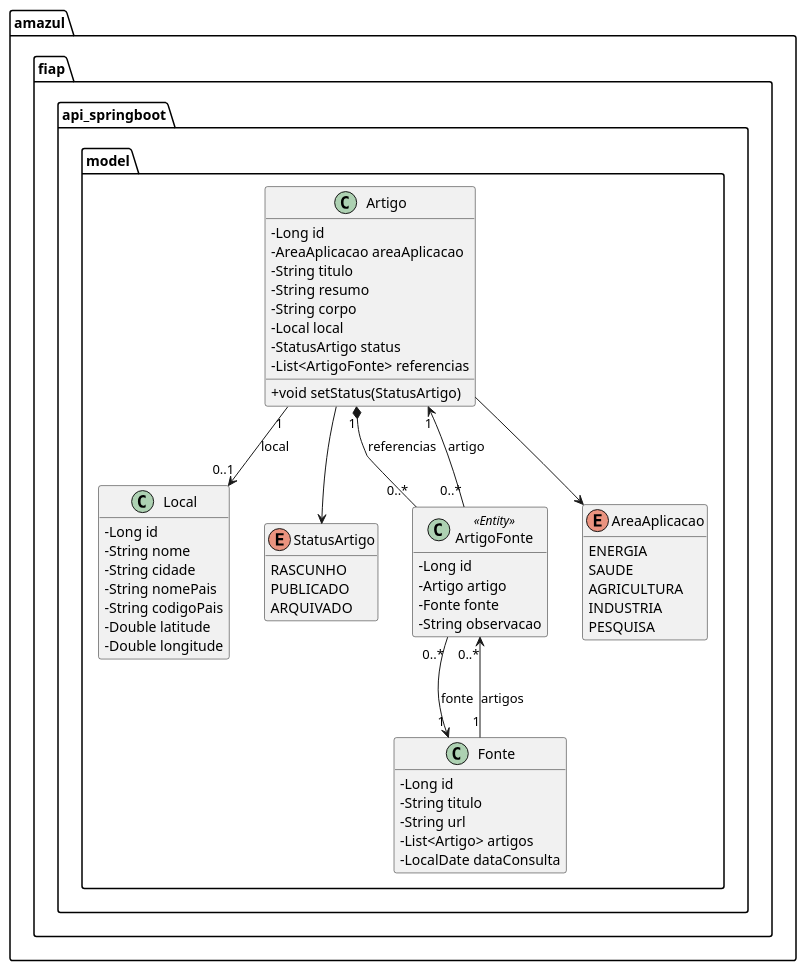
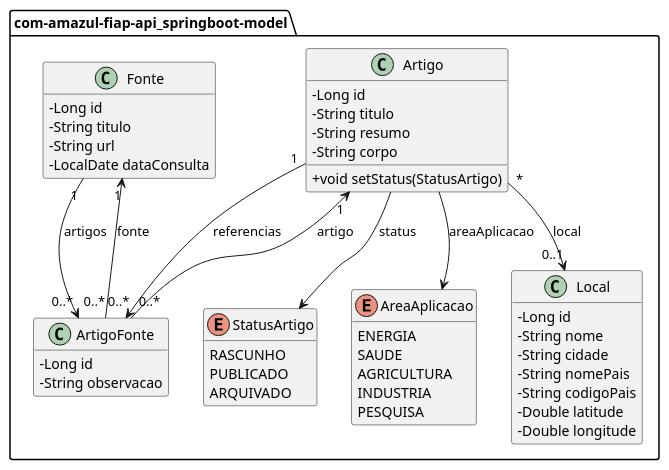
Before and after one commit to CHALLENGE-AMAZUL/backend-springboot: the diagram in src/DiagramaChallenge.puml, drawn with PlantUML.

Commit message:
docs: atualizando puml

```diff
--- a/src/DiagramaChallenge.puml
+++ b/src/DiagramaChallenge.puml
@@ -1,68 +1,62 @@
 @startuml
 skinparam classAttributeIconSize 0
 hide empty members
 
-package amazul.fiap.api_springboot.model {
+package com-amazul-fiap-api_springboot-model {
 
   class Artigo {
     - Long id
-    - AreaAplicacao areaAplicacao
     - String titulo
     - String resumo
     - String corpo
-    - Local local
-    - StatusArtigo status
-    - List<ArtigoFonte> referencias
     + void setStatus(StatusArtigo)
   }
 
   class Fonte {
     - Long id
     - String titulo
     - String url
-    - List<Artigo> artigos
     - LocalDate dataConsulta
   }
 
   class Local {
     - Long id
     - String nome
     - String cidade
     - String nomePais
     - String codigoPais
     - Double latitude
     - Double longitude
   }
 
-  class ArtigoFonte <<Entity>>{
+  class ArtigoFonte {
     - Long id
-    - Artigo artigo
-    - Fonte fonte
     - String observacao
   }
 
   enum StatusArtigo {
     RASCUNHO
     PUBLICADO
     ARQUIVADO
   }
 
   enum AreaAplicacao {
     ENERGIA
     SAUDE
     AGRICULTURA
     INDUSTRIA
     PESQUISA
   }
 
   ' Relacionamentos
-  Artigo "1" --> "0..1" Local : local
-  Artigo "1" *-- "0..*" ArtigoFonte : referencias
-  ArtigoFonte "0..*" --> "1" Artigo : artigo
-  ArtigoFonte "0..*" --> "1" Fonte : fonte
+  Artigo "*" --> "0..1" Local : local
+  Artigo "1" <-- "0..*" ArtigoFonte : artigo
+  Artigo "1" --> "0..*" ArtigoFonte : referencias
+  Fonte "1" <-- "0..*" ArtigoFonte : fonte
   Fonte "1" --> "0..*" ArtigoFonte : artigos
-  Artigo --> AreaAplicacao
-  Artigo --> StatusArtigo
+
+  Artigo --> AreaAplicacao : areaAplicacao
+  Artigo --> StatusArtigo : status
 
 }
 @enduml
```
